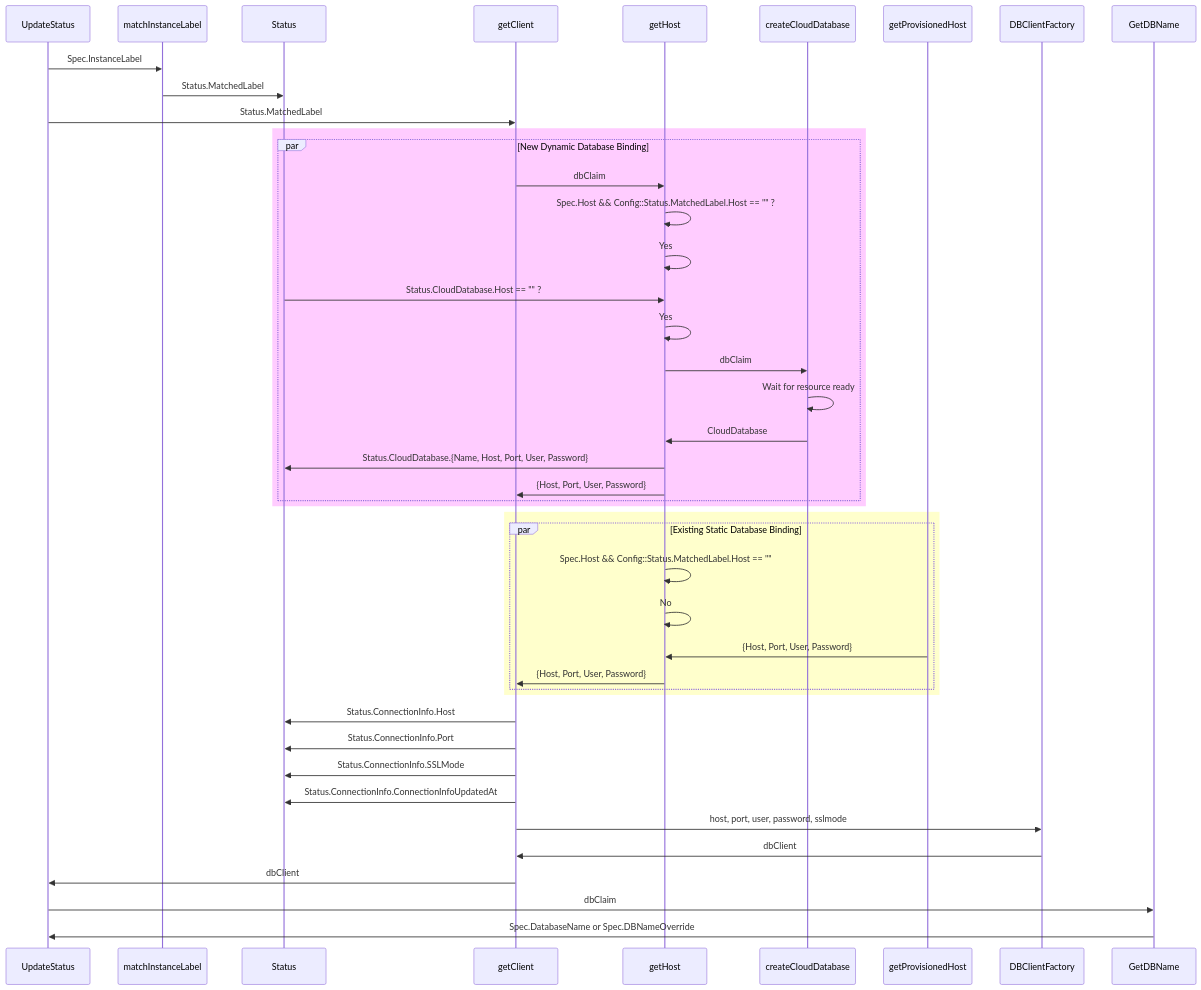
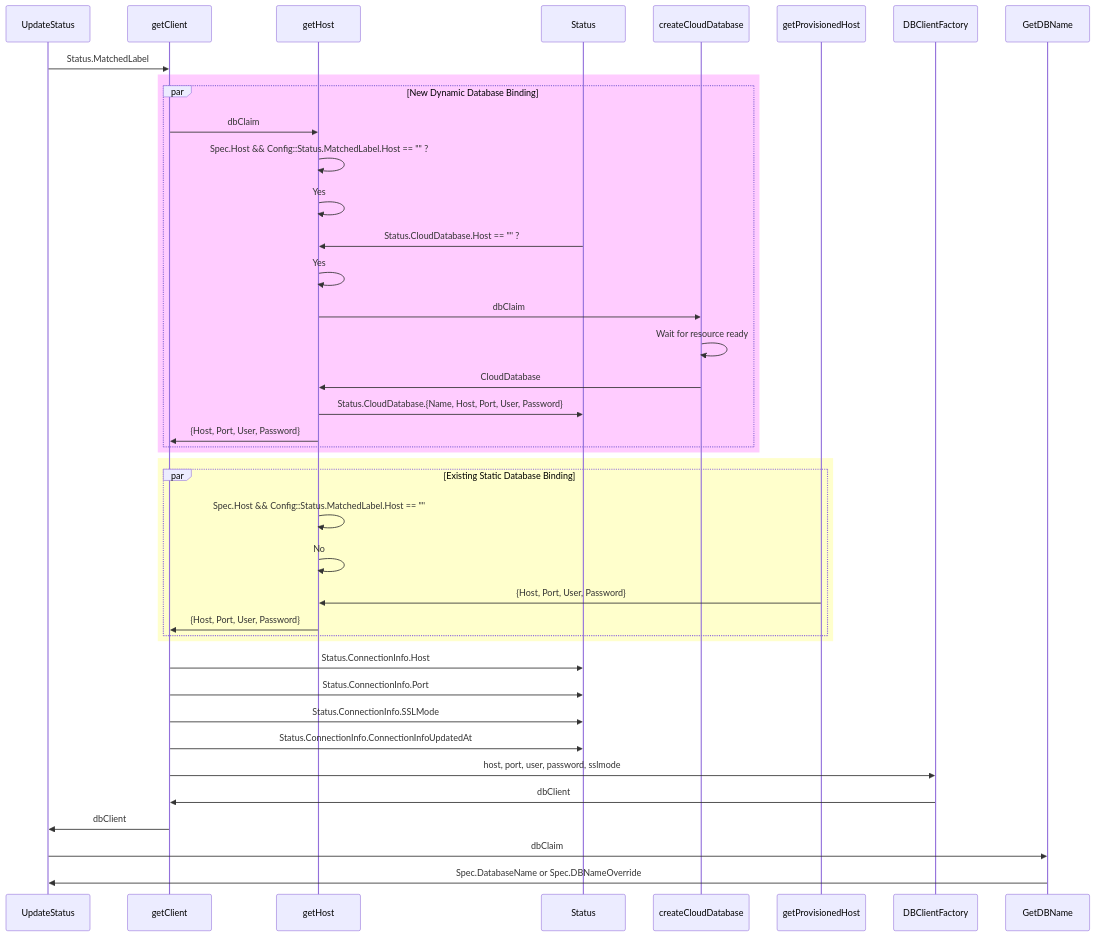
One commit to infobloxopen/db-controller changed the eighth of 10 diagrams in docs/index.md. Above: the diagram before and after it, drawn with Mermaid. The commit also changed other lines of this file and 23 other files, not shown here.

````diff
--- a/docs/index.md
+++ b/docs/index.md
@@ -564,37 +541,35 @@
 ```mermaid
   sequenceDiagram
-    UpdateStatus->>matchInstanceLabel: Spec.InstanceLabel
-    matchInstanceLabel->>Status: Status.MatchedLabel
     UpdateStatus->>getClient: Status.MatchedLabel
       rect rgba(255, 0, 255, .2) 
         par New Dynamic Database Binding
           getClient->>getHost: dbClaim
           getHost->>getHost: Spec.Host && Config::Status.MatchedLabel.Host == "" ?
           getHost->>getHost: Yes
           Status->>getHost: Status.CloudDatabase.Host == "" ?
           getHost->>getHost: Yes        
           getHost->>createCloudDatabase: dbClaim
           createCloudDatabase->>createCloudDatabase: Wait for resource ready
           createCloudDatabase->>getHost: CloudDatabase
           getHost->>Status: Status.CloudDatabase.{Name, Host, Port, User, Password}
           getHost->>getClient: {Host, Port, User, Password}
         end
       end
       rect rgba(255, 255, 0, .2) 
         par Existing Static Database Binding
           getHost->>getHost: Spec.Host && Config::Status.MatchedLabel.Host == ""
           getHost->>getHost: No
           getProvisionedHost->>getHost: {Host, Port, User, Password}
           getHost->>getClient: {Host, Port, User, Password}
         end
     end   
     getClient->>Status: Status.ConnectionInfo.Host
     getClient->>Status: Status.ConnectionInfo.Port
     getClient->>Status: Status.ConnectionInfo.SSLMode
     getClient->>Status: Status.ConnectionInfo.ConnectionInfoUpdatedAt
     getClient->>DBClientFactory: host, port, user, password, sslmode
     DBClientFactory->>getClient: dbClient
     getClient->>UpdateStatus: dbClient
     UpdateStatus->>GetDBName: dbClaim
     GetDBName->>UpdateStatus: Spec.DatabaseName or Spec.DBNameOverride            
 ```
````
